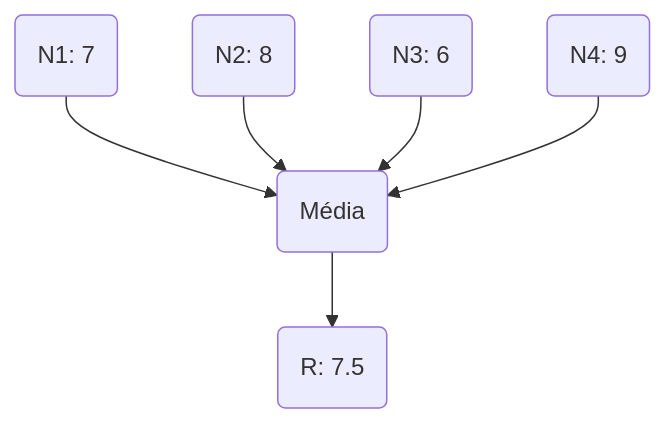
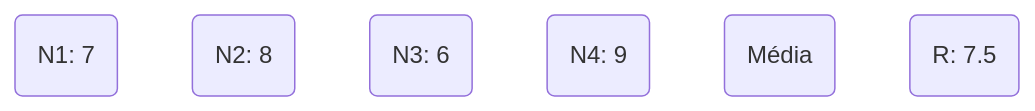
Before and after one commit to Daniel-Gehlen/algorithm-chapin: the diagram in README.md, drawn with Mermaid.

````diff
--- a/README.md
+++ b/README.md
@@ -1,10 +1,9 @@
 ```mermaid
 graph TD;
-    Nota1(N1: 7) --> Média(Média);
-    Nota2(N2: 8) --> Média;
-    Nota3(N3: 6) --> Média;
-    Nota4(N4: 9) --> Média;
-    Média --> Resultado(R: 7.5);
+    Nota1(N1: 7) & Nota2(N2: 8) & Nota3(N3: 6) & Nota4(N4: 9);
+    Média(Média);
+    Resultado(R: 7.5);
+
 
 
 ```
````
